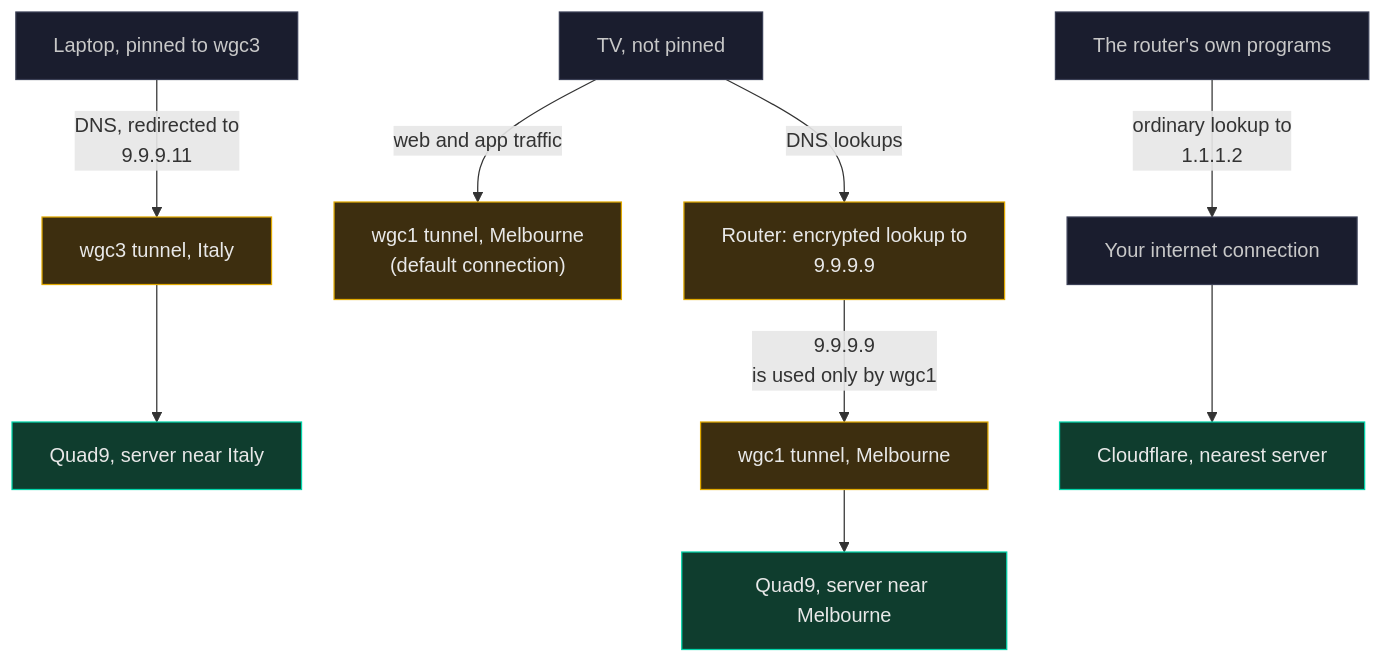
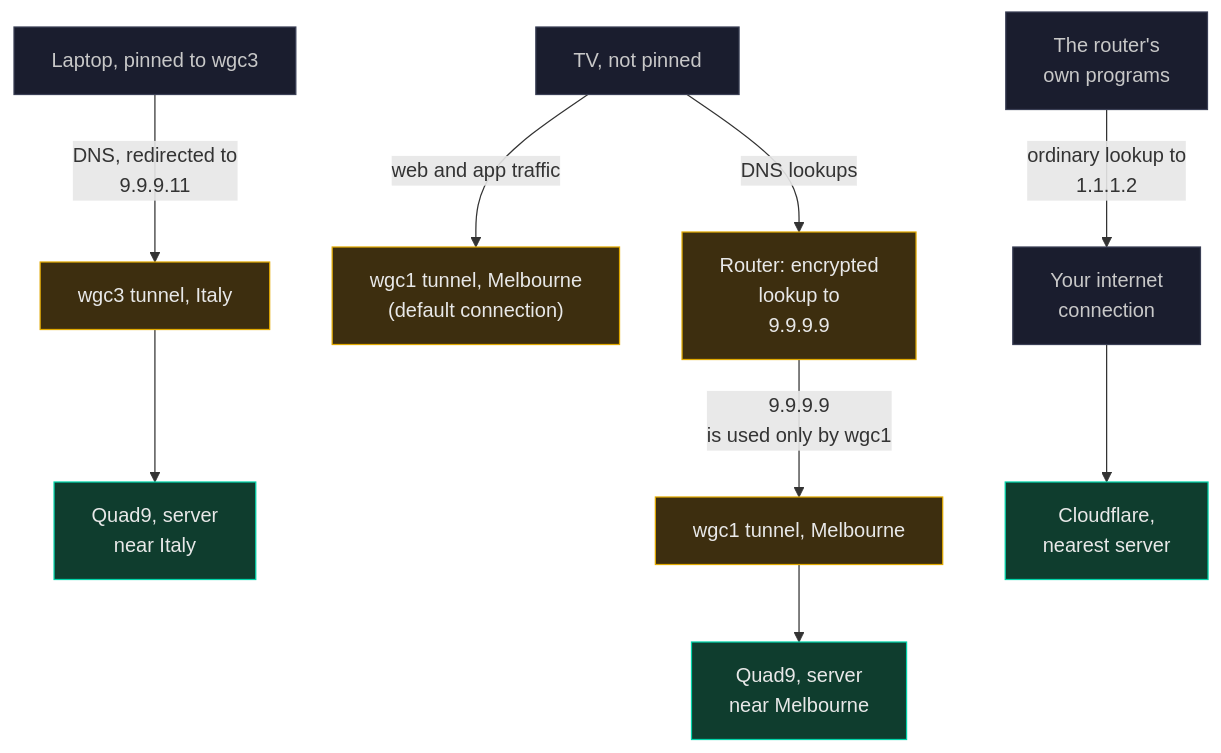
The fourth of 5 diagrams in ROUTER-DNS.md (ExponentiallyDigital/cfg-pia-wg), drawn with Mermaid before and after one commit. The commit also changed other lines of this file and 18 other files, not shown here.

Commit message:
v0.8.101 build 471 - two windows on the router's DNS, and a removed watchdog stays stopped

````diff
--- a/ROUTER-DNS.md
+++ b/ROUTER-DNS.md
@@ -187,16 +187,16 @@
 ```mermaid
 flowchart TB
-  L["Laptop, pinned to wgc3"] -- "DNS, redirected to<br>9.9.9.11" --> W3["wgc3 tunnel, Italy"] --> QE["Quad9, server near Italy"]
+  L["Laptop, pinned to wgc3"] -- "DNS, redirected to<br>9.9.9.11" --> W3["wgc3 tunnel, Italy"] --> QE["Quad9, server<br/>near Italy"]
   TV["TV, not pinned"] -- "web and app traffic" --> W1T["wgc1 tunnel, Melbourne<br/>(default connection)"]
-  TV -- "DNS lookups" --> SB["Router: encrypted lookup to<br>9.9.9.9"]
-  SB -- "9.9.9.9<br>is used only by wgc1" --> W1D["wgc1 tunnel, Melbourne"] --> QM["Quad9, server near Melbourne"]
-  RP["The router's own programs"] -- "ordinary lookup to<br>1.1.1.2" --> NET["Your internet connection"] --> CFS["Cloudflare, nearest server"]
+  TV -- "DNS lookups" --> SB["Router: encrypted<br/>lookup to<br>9.9.9.9"]
+  SB -- "9.9.9.9<br>is used only by wgc1" --> W1D["wgc1 tunnel, Melbourne"] --> QM["Quad9, server<br/>near Melbourne"]
+  RP["The router's<br/>own programs"] -- "ordinary lookup to<br>1.1.1.2" --> NET["Your internet<br/>connection"] --> CFS["Cloudflare,<br/>nearest server"]
 
   classDef go fill:#0F3D2E,stroke:#00D4AA,color:#E8E8E8
   classDef bad fill:#3D1A1A,stroke:#E05252,color:#E8E8E8
   classDef work fill:#3D2E0F,stroke:#E0A800,color:#E8E8E8
   classDef step fill:#1A1D2E,stroke:#3A3F55,color:#C8C8C8
   class L,TV,RP,NET step
   class W3,W1T,W1D,SB work
   class QE,QM,CFS go
 ```
````
